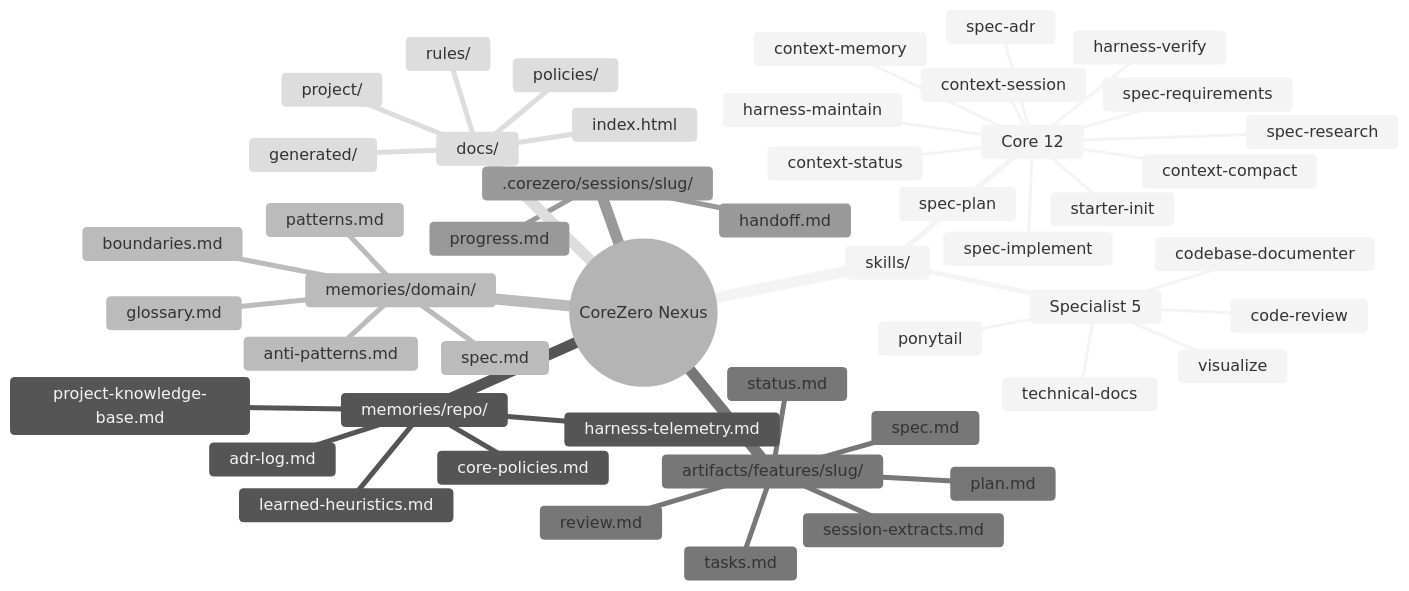
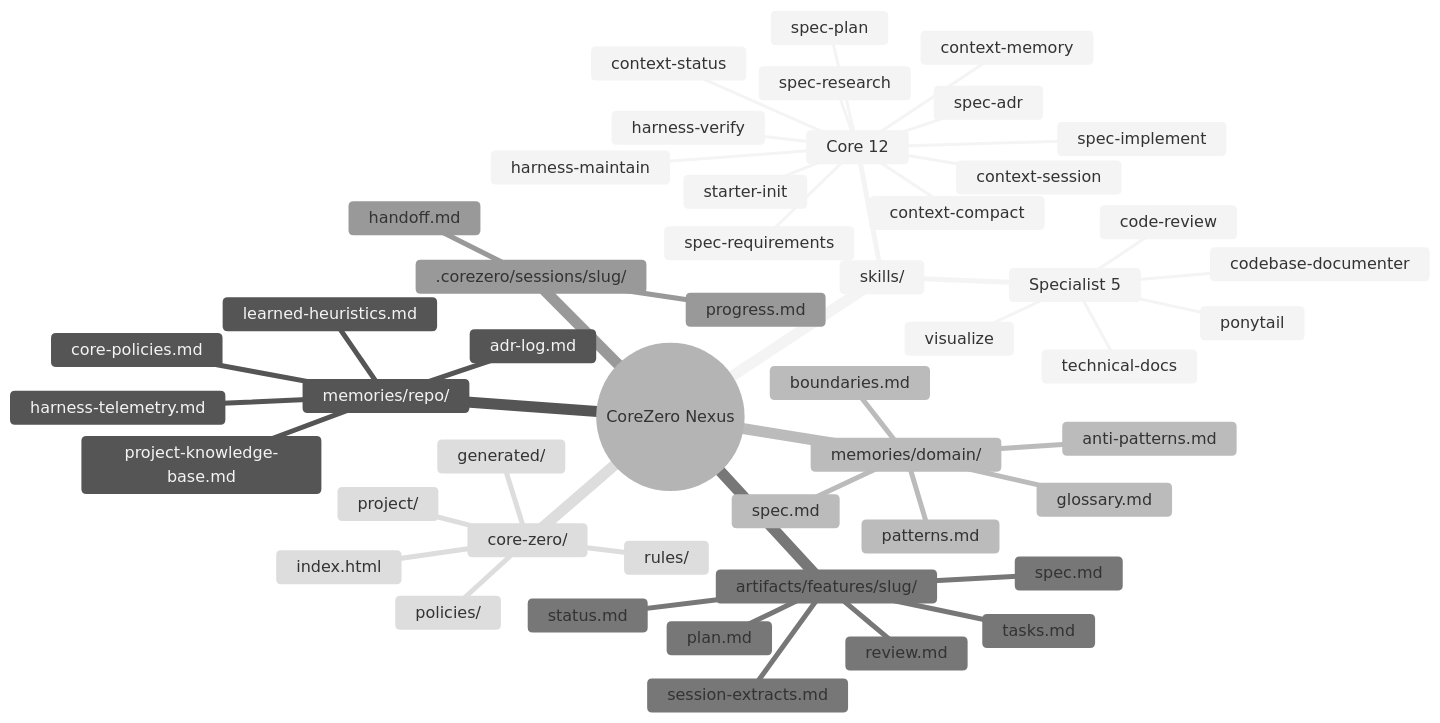
Before and after one commit to thaihai-swe/CoreZero-Nexus: the second of 3 diagrams in documents/architecture.md, drawn with Mermaid (neutral theme). The commit also changed other lines of this file and 74 other files, not shown here.

First line of the commit message:
Refactor project structure to use core-zero directory

````diff
--- a/documents/architecture.md
+++ b/documents/architecture.md
@@ -269,52 +269,52 @@
 ```mermaid
 mindmap
   root((CoreZero Nexus))
     skills/
       Core 12
         starter-init
         context-session
         context-status
         context-memory
         context-compact
         spec-research
         spec-requirements
         spec-adr
         spec-plan
         spec-implement
         harness-verify
         harness-maintain
       Specialist 5
         code-review
         visualize
         codebase-documenter
         technical-docs
         ponytail
     memories/repo/
       adr-log.md
       core-policies.md
       harness-telemetry.md
       learned-heuristics.md
       project-knowledge-base.md
     memories/domain/
       anti-patterns.md
       boundaries.md
       glossary.md
       patterns.md
       spec.md
     artifacts/features/slug/
       status.md
       spec.md
       plan.md
       tasks.md
       review.md
       session-extracts.md
     .corezero/sessions/slug/
       progress.md
       handoff.md
-    docs/
+    core-zero/
       generated/
       policies/
       project/
       rules/
       index.html
 ```
````
